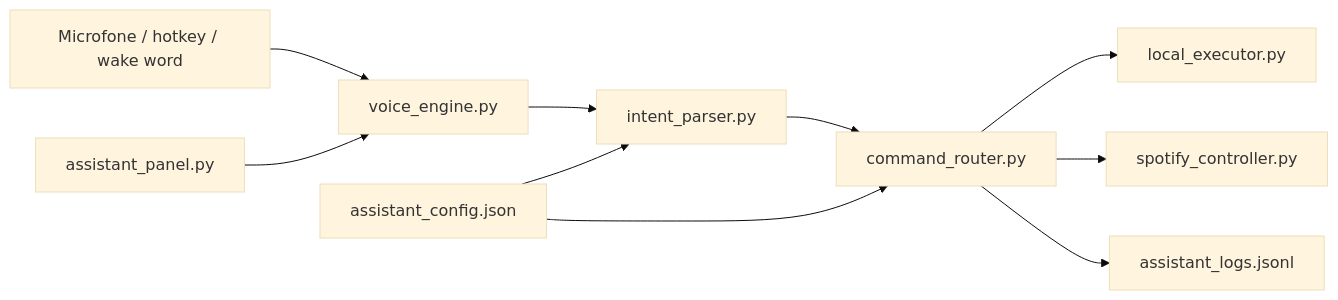
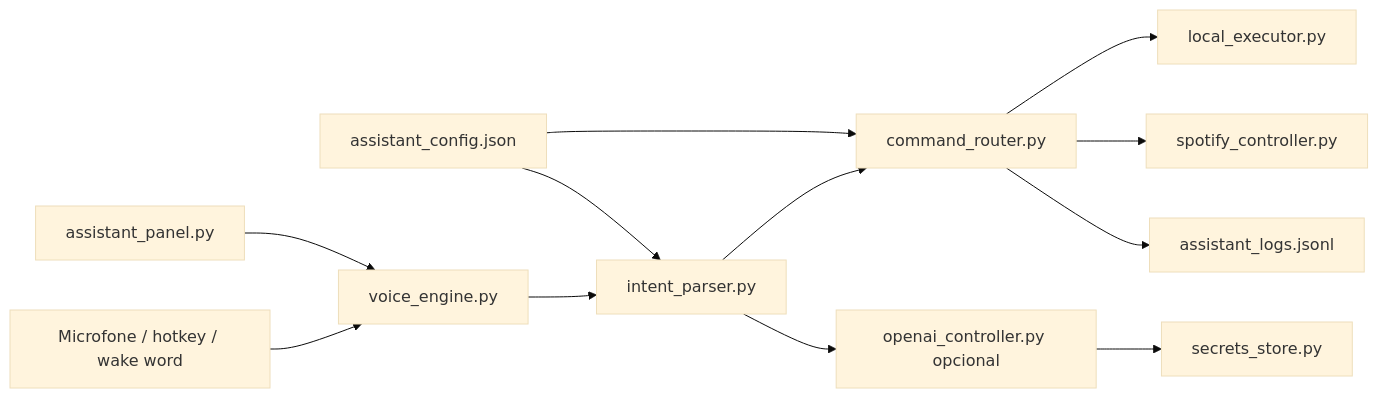
The diagram in README.md (mask-bit/pc-control), drawn with Mermaid (base theme) before and after one commit. The commit also changed other lines of this file and 17 other files, not shown here.

````diff
--- a/README.md
+++ b/README.md
@@ -95,12 +102,14 @@
 ```mermaid
 flowchart LR
   Mic["Microfone / hotkey / wake word"] --> Voice["voice_engine.py"]
   Voice --> Parser["intent_parser.py"]
   Parser --> Router["command_router.py"]
   Router --> Exec["local_executor.py"]
   Router --> Spotify["spotify_controller.py"]
+  Parser --> OpenAI["openai_controller.py opcional"]
+  OpenAI --> Secrets["secrets_store.py"]
   Router --> Logs["assistant_logs.jsonl"]
   Panel["assistant_panel.py"] --> Voice
   Config["assistant_config.json"] --> Parser
   Config --> Router
 ```
````
